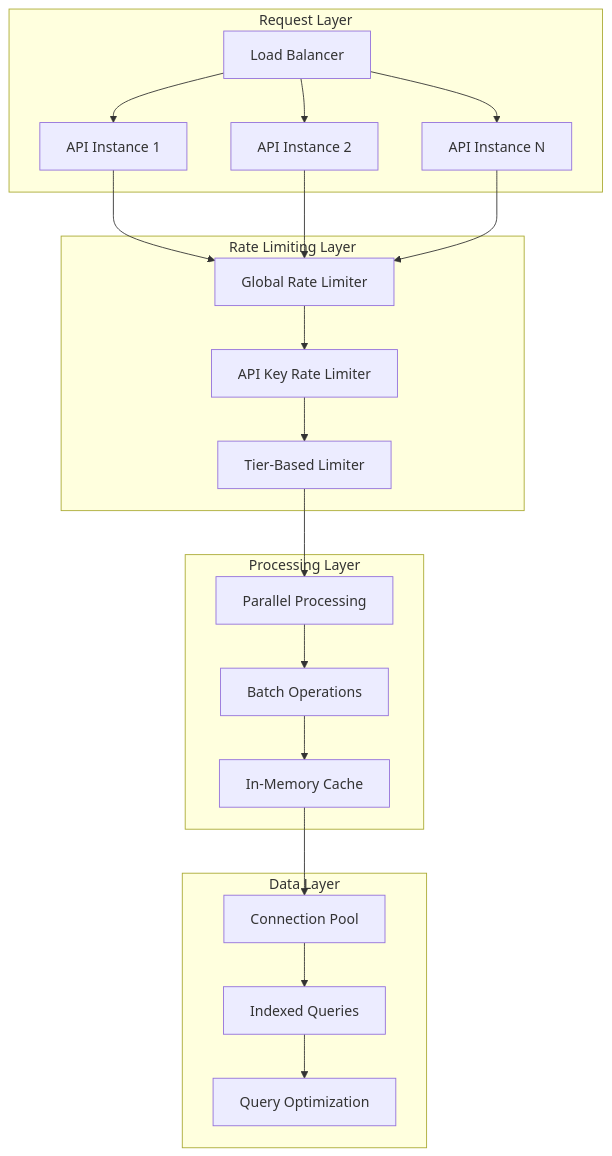
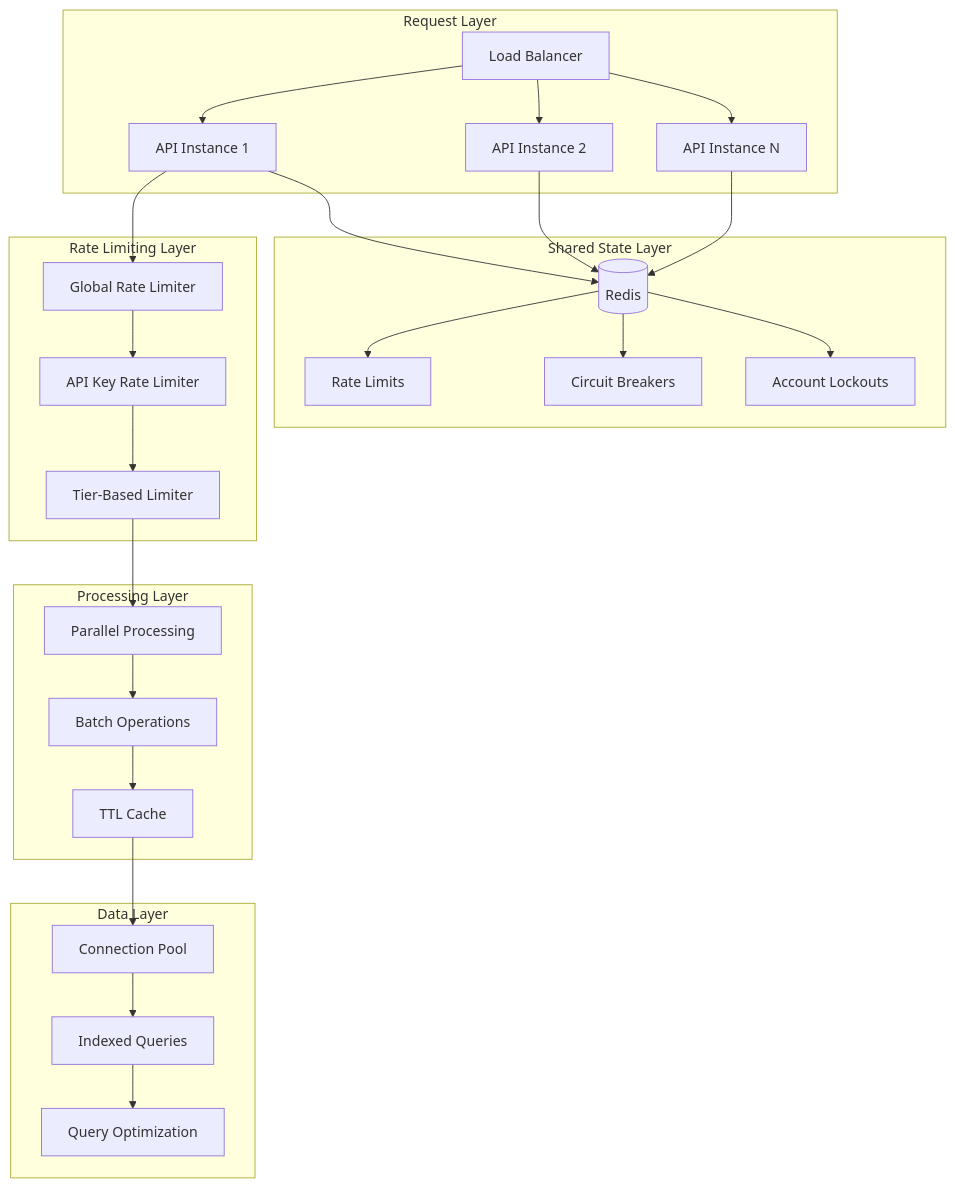
Before and after one commit to SemiuAdesina/vectix-nexus: diagram 24 of 27 in README.md, drawn with Mermaid. The commit also changed other lines of this file and 24 other files, not shown here.

````diff
--- a/README.md
+++ b/README.md
@@ -1525,45 +1525,57 @@
 ```mermaid
 graph TD
     subgraph Request Layer
         LB[Load Balancer]
         API1[API Instance 1]
         API2[API Instance 2]
         API3[API Instance N]
+    end
+    
+    subgraph Shared State Layer
+        REDIS[(Redis)]
+        RATE[Rate Limits]
+        CIRCUIT[Circuit Breakers]
+        LOCKOUT[Account Lockouts]
     end
     
     subgraph Rate Limiting Layer
         GLOBAL[Global Rate Limiter]
         API_KEY[API Key Rate Limiter]
         TIER[Tier-Based Limiter]
     end
     
     subgraph Processing Layer
         PARALLEL[Parallel Processing]
         BATCH[Batch Operations]
-        CACHE[In-Memory Cache]
+        CACHE[TTL Cache]
     end
     
     subgraph Data Layer
         POOL[Connection Pool]
         INDEX[Indexed Queries]
         OPTIMIZE[Query Optimization]
     end
     
     LB --> API1
     LB --> API2
     LB --> API3
     
+    API1 --> REDIS
+    API2 --> REDIS
+    API3 --> REDIS
+    
+    REDIS --> RATE
+    REDIS --> CIRCUIT
+    REDIS --> LOCKOUT
+    
     API1 --> GLOBAL
-    API2 --> GLOBAL
-    API3 --> GLOBAL
-    
     GLOBAL --> API_KEY
     API_KEY --> TIER
     TIER --> PARALLEL
     
     PARALLEL --> BATCH
     BATCH --> CACHE
     CACHE --> POOL
     POOL --> INDEX
     INDEX --> OPTIMIZE
 ```
````
